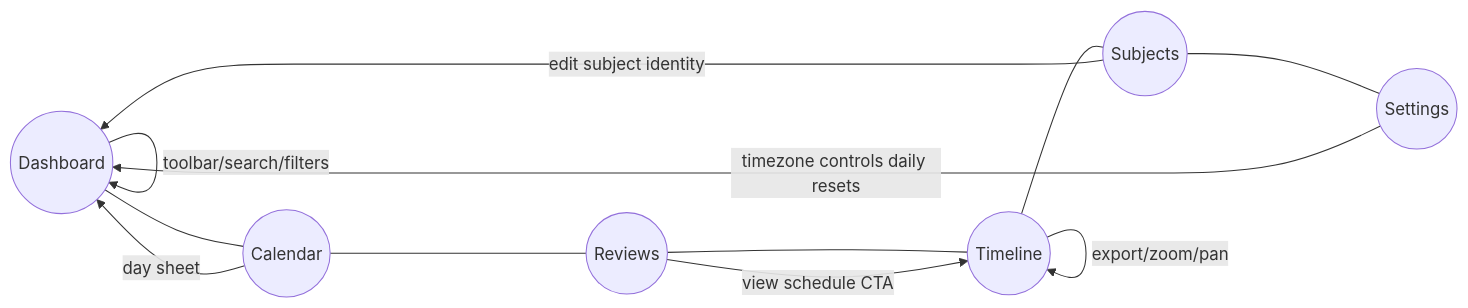
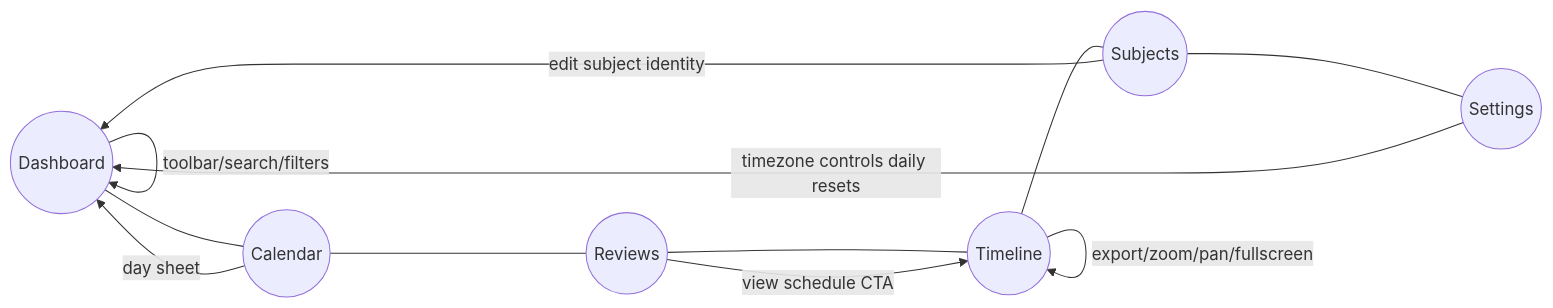
Before and after one commit to rasikasrimal/Spaced-Repetition-App: the fourth of 10 diagrams in docs/architecture.md, drawn with Mermaid. The commit also changed other lines of this file and 57 other files, not shown here.

Commit message:
Refresh documentation for latest timeline and dashboard updates

````diff
--- a/docs/architecture.md
+++ b/docs/architecture.md
@@ -81,10 +85,10 @@
 ```mermaid
 graph LR
   A((Dashboard)) --- B((Calendar)) --- C((Reviews)) --- D((Timeline)) --- E((Subjects)) --- F((Settings))
   A -- toolbar/search/filters --> A
   B -- day sheet --> A
   C -- view schedule CTA --> D
-  D -- export/zoom/pan --> D
+  D -- export/zoom/pan/fullscreen --> D
   E -- edit subject identity --> A
   F -- timezone controls daily resets --> A
 ```
````
